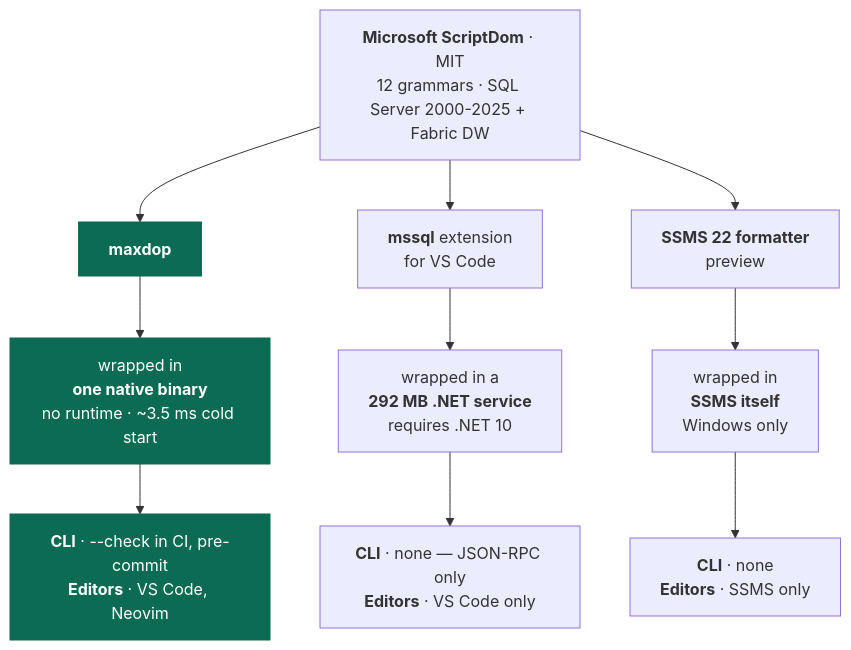
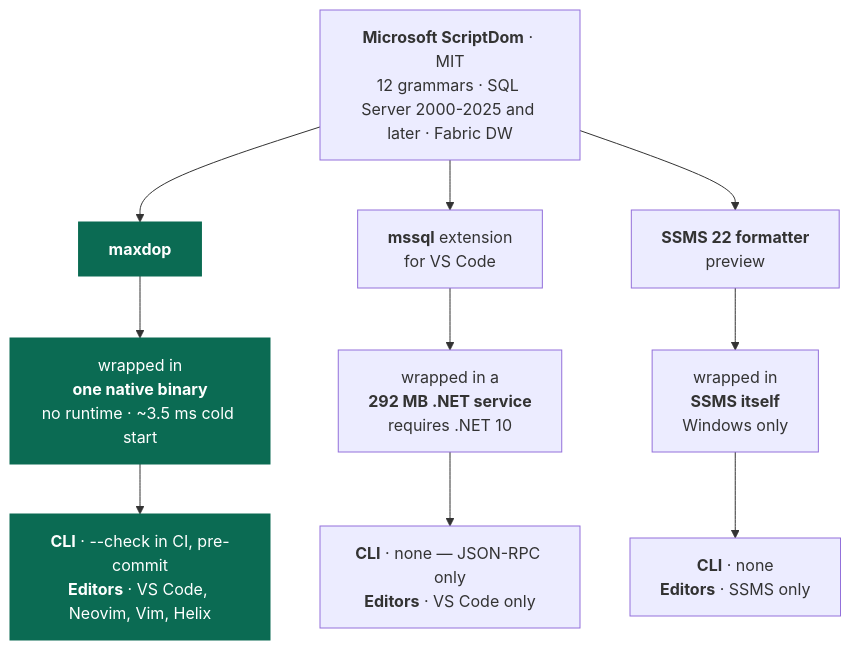
Before and after one commit to pagebrooks/maxdop: the diagram in README.md, drawn with Mermaid. The commit also changed other lines of this file and 2 other files, not shown here.

````diff
--- a/README.md
+++ b/README.md
@@ -133,19 +134,19 @@
 ```mermaid
 flowchart TD
-    SD["<b>Microsoft ScriptDom</b> · MIT<br/>12 grammars · SQL Server 2000-2025 + Fabric DW"]
+    SD["<b>Microsoft ScriptDom</b> · MIT<br/>12 grammars · SQL Server 2000-2025 and later · Fabric DW"]
 
     SD --> MX["<b>maxdop</b>"]
     SD --> MS["<b>mssql</b> extension<br/>for VS Code"]
     SD --> SS["<b>SSMS 22 formatter</b><br/>preview"]
 
     MX --> MXS["wrapped in<br/><b>one native binary</b><br/>no runtime · ~3.5 ms cold start"]
     MS --> MSS["wrapped in a<br/><b>292 MB .NET service</b><br/>requires .NET 10"]
     SS --> SSS["wrapped in<br/><b>SSMS itself</b><br/>Windows only"]
 
-    MXS --> MXU["<b>CLI</b> · --check in CI, pre-commit<br/><b>Editors</b> · VS Code, Neovim"]
+    MXS --> MXU["<b>CLI</b> · --check in CI, pre-commit<br/><b>Editors</b> · VS Code, Neovim, Vim, Helix"]
     MSS --> MSU["<b>CLI</b> · none — JSON-RPC only<br/><b>Editors</b> · VS Code only"]
     SSS --> SSU["<b>CLI</b> · none<br/><b>Editors</b> · SSMS only"]
 
     classDef mine fill:#0b6b53,stroke:#0b6b53,color:#ffffff;
     class MX,MXS,MXU mine;
 ```
````
